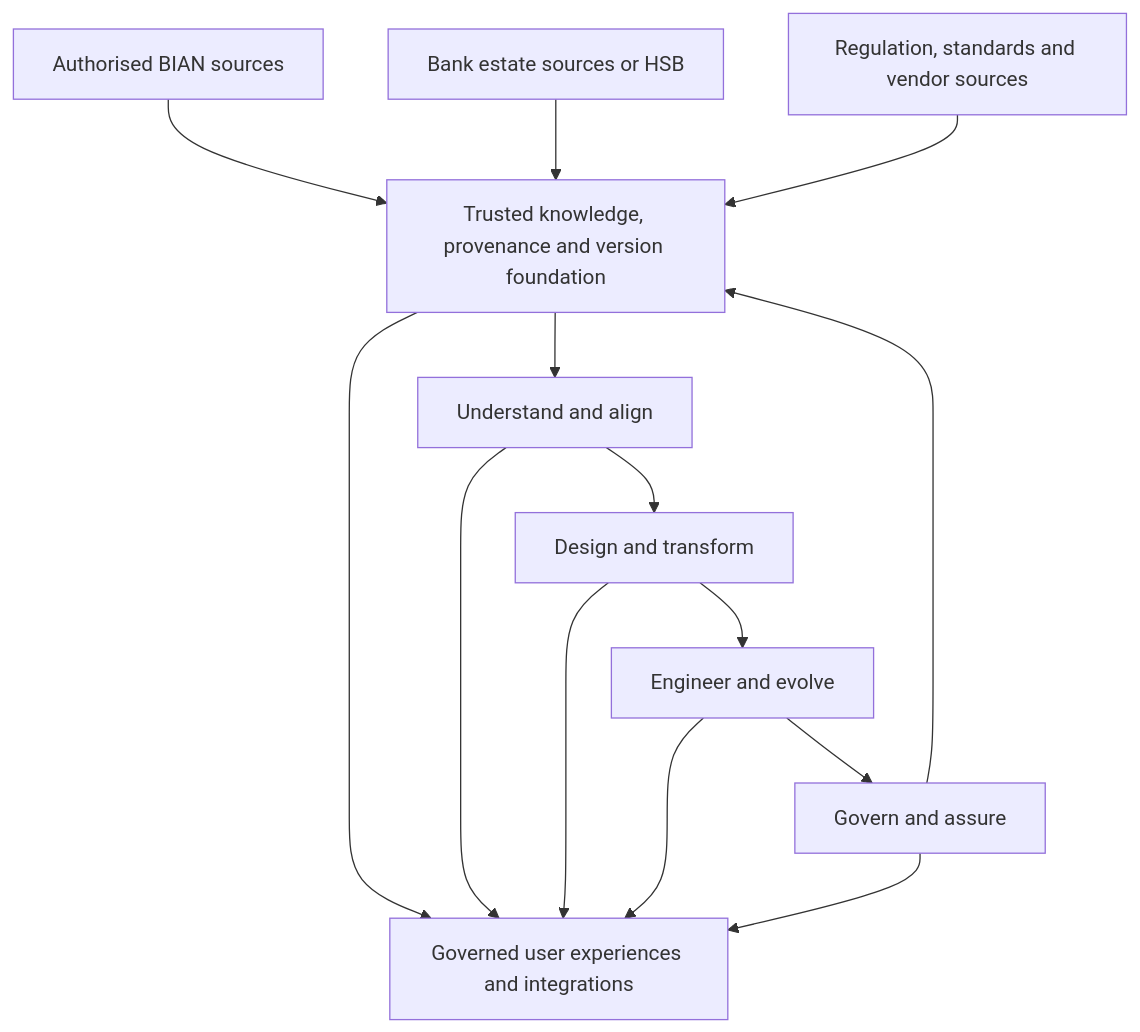
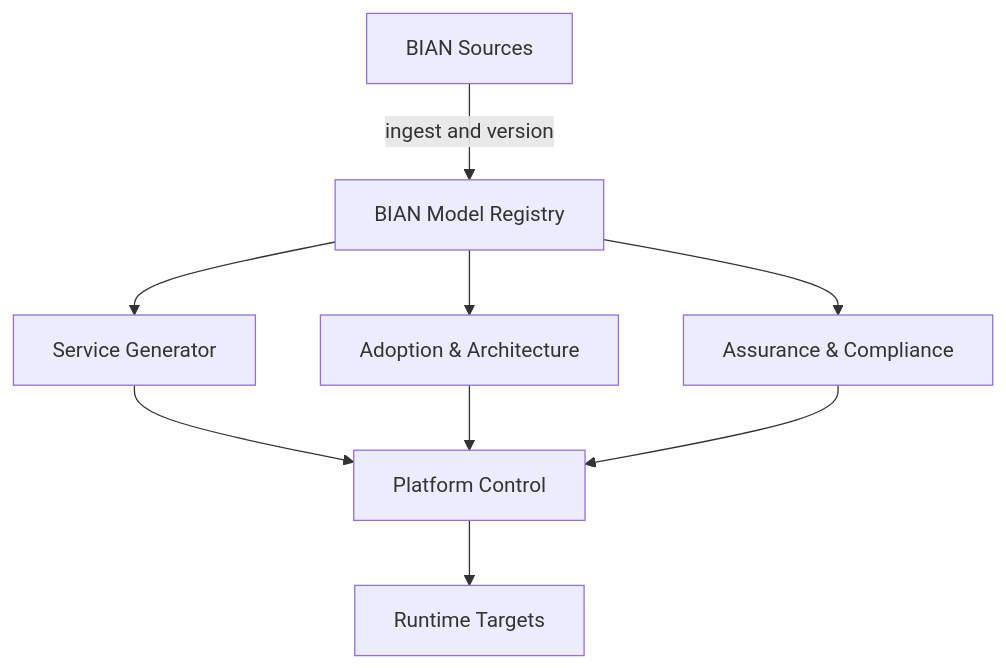
Before and after one commit to Deim0s13/bian: the diagram in architecture/ARCHITECTURE_VISION.md, drawn with Mermaid. The commit also changed other lines of this file and 13 other files, not shown here.

Commit message:
Updated Architecture Vision and supporting documents to better reflect what we're potentially looking at creating. Also added Value Proposition and Validation Strategy document

````diff
--- a/architecture/ARCHITECTURE_VISION.md
+++ b/architecture/ARCHITECTURE_VISION.md
@@ -225,27 +229,19 @@
 ```mermaid
 flowchart TB
-    BIAN["Authorised BIAN sources"]
-    BANK["Bank estate sources or HSB"]
-    EXT["Regulation, standards and vendor sources"]
+    SOURCES["BIAN Sources"]
+    REGISTRY["BIAN Model Registry"]
+    GENERATOR["Service Generator"]
+    ADOPTION["Adoption & Architecture"]
+    ASSURANCE["Assurance & Compliance"]
+    CONTROL["Platform Control"]
+    RUNTIME["Runtime Targets"]
 
-    FOUNDATION["Trusted knowledge, provenance and version foundation"]
-    UNDERSTAND["Understand and align"]
-    DESIGN["Design and transform"]
-    ENGINEER["Engineer and evolve"]
-    GOVERN["Govern and assure"]
-    EXPERIENCE["Governed user experiences and integrations"]
-
-    BIAN --> FOUNDATION
-    BANK --> FOUNDATION
-    EXT --> FOUNDATION
-    FOUNDATION --> UNDERSTAND
-    UNDERSTAND --> DESIGN
-    DESIGN --> ENGINEER
-    ENGINEER --> GOVERN
-    GOVERN --> FOUNDATION
-    FOUNDATION --> EXPERIENCE
-    UNDERSTAND --> EXPERIENCE
-    DESIGN --> EXPERIENCE
-    ENGINEER --> EXPERIENCE
-    GOVERN --> EXPERIENCE
+    SOURCES -->|"ingest and version"| REGISTRY
+    REGISTRY --> GENERATOR
+    REGISTRY --> ADOPTION
+    REGISTRY --> ASSURANCE
+    GENERATOR --> CONTROL
+    ADOPTION --> CONTROL
+    ASSURANCE --> CONTROL
+    CONTROL --> RUNTIME
 ```
````
